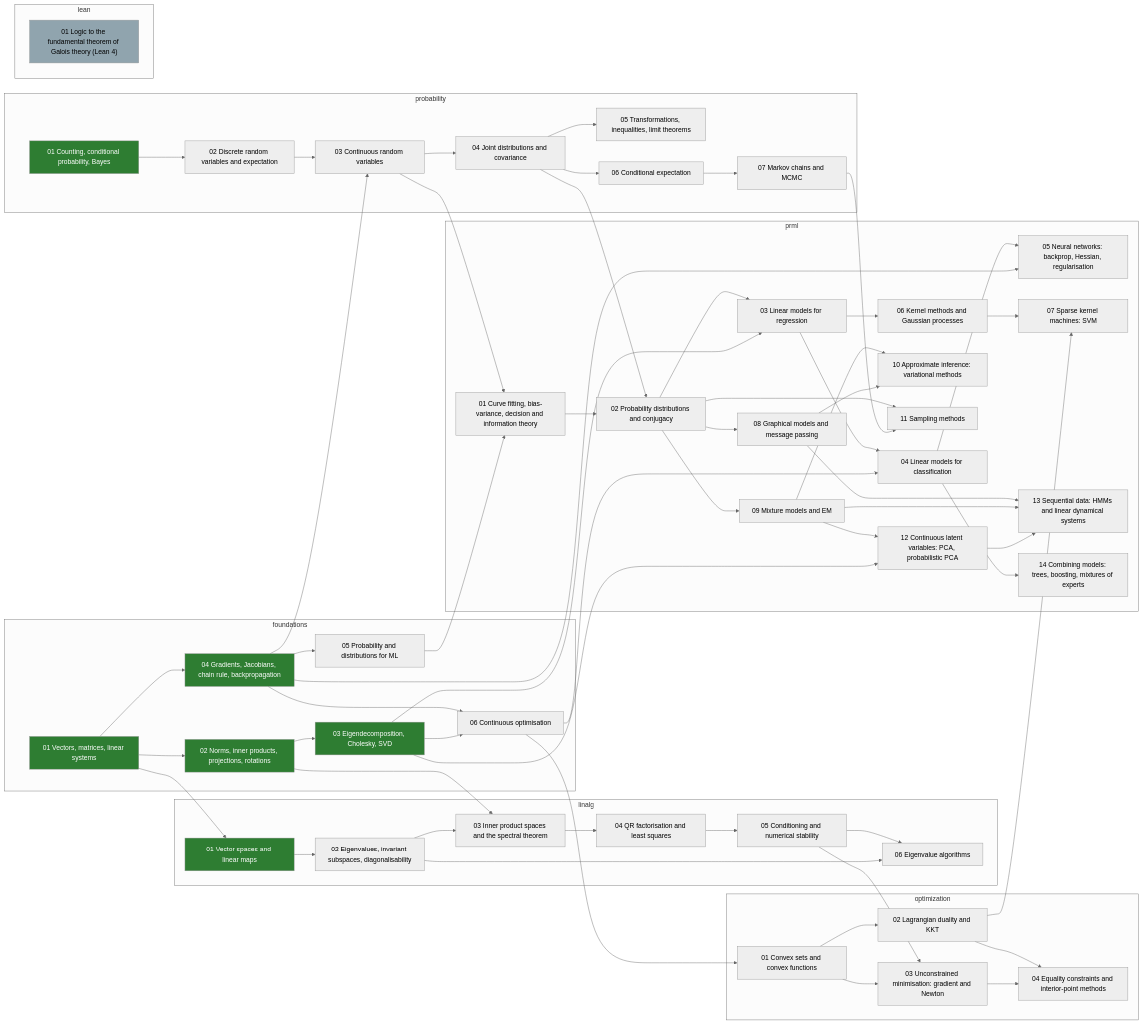
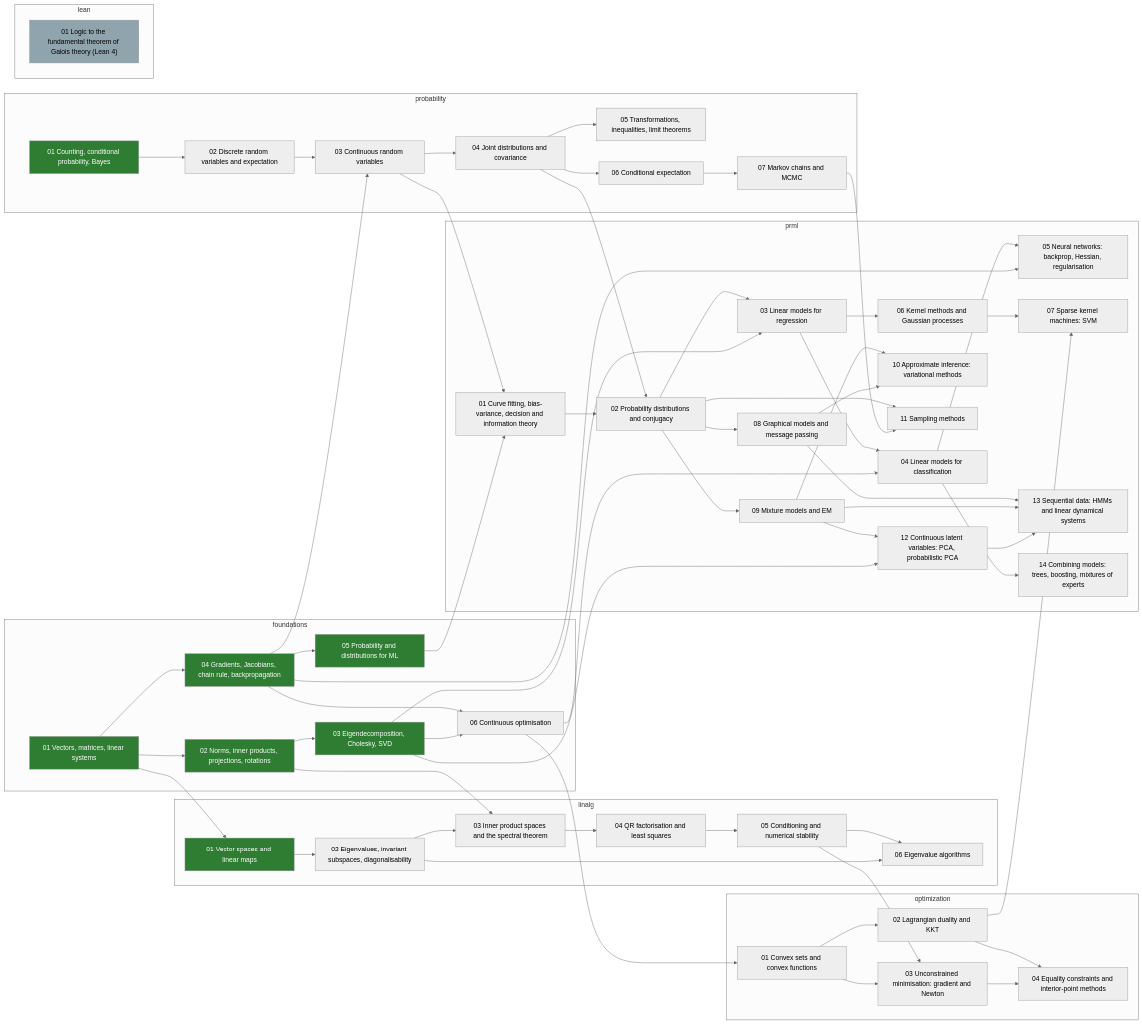
Before and after one commit to alektebel/learn-stuff-from-scratch: the diagram in skill-tree/README.md, drawn with Mermaid (neutral theme). The commit also changed other lines of this file and 8 other files, not shown here.

First line of the commit message:
math: build foundations-05-probability

```diff
--- a/skill-tree/README.md
+++ b/skill-tree/README.md
@@ -69,7 +69,7 @@
     foundations-02-analytic-geometry["02 Norms, inner products, projections, rotations"]:::done
     foundations-03-matrix-decompositions["03 Eigendecomposition, Cholesky, SVD"]:::done
     foundations-04-vector-calculus["04 Gradients, Jacobians, chain rule, backpropagation"]:::done
-    foundations-05-probability["05 Probability and distributions for ML"]
+    foundations-05-probability["05 Probability and distributions for ML"]:::done
     foundations-06-optimization["06 Continuous optimisation"]
   end
   subgraph linalg
```
